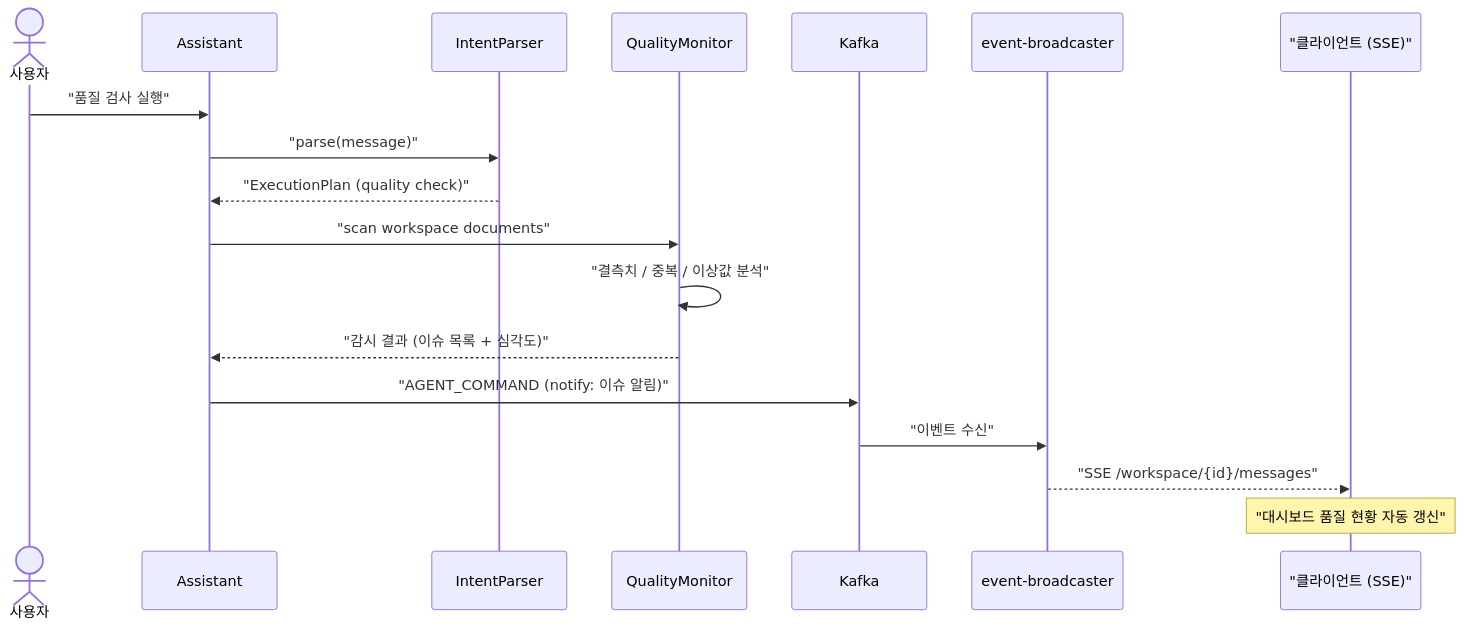
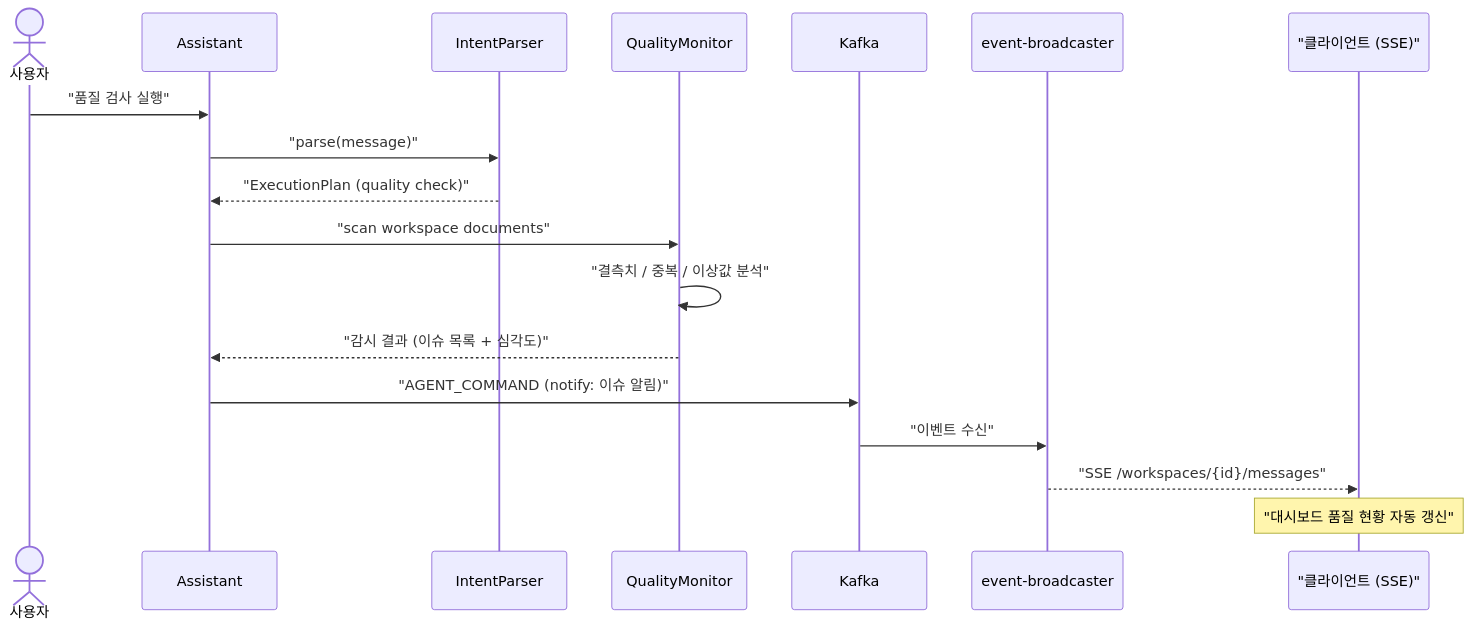
One commit to sayaya1090/handbook changed diagram 22 of 28 in docs/usecases.md. Above: the diagram before and after it, drawn with Mermaid. The commit also changed other lines of this file and 58 other files, not shown here.

````diff
--- a/docs/usecases.md
+++ b/docs/usecases.md
@@ -1667,21 +1667,21 @@
 ```mermaid
 sequenceDiagram
     actor User as 사용자
     participant A as Assistant
     participant Parser as IntentParser
     participant QM as QualityMonitor
     participant K as Kafka
     participant EB as event-broadcaster
     participant C as "클라이언트 (SSE)"
 
     User->>A: "품질 검사 실행"
     A->>Parser: "parse(message)"
     Parser-->>A: "ExecutionPlan (quality check)"
     A->>QM: "scan workspace documents"
     QM->>QM: "결측치 / 중복 / 이상값 분석"
     QM-->>A: "감시 결과 (이슈 목록 + 심각도)"
     A->>K: "AGENT_COMMAND (notify: 이슈 알림)"
     K->>EB: "이벤트 수신"
-    EB-->>C: "SSE /workspace/{id}/messages"
+    EB-->>C: "SSE /workspaces/{id}/messages"
     Note over C: "대시보드 품질 현황 자동 갱신"
 ```
````
